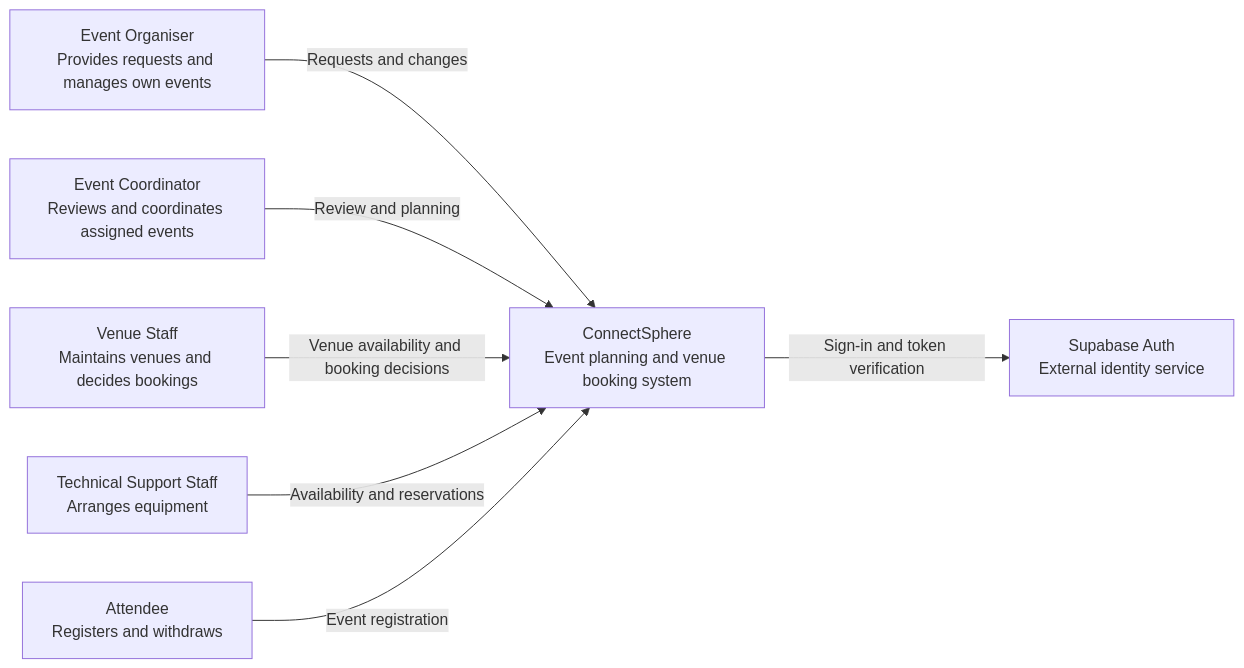
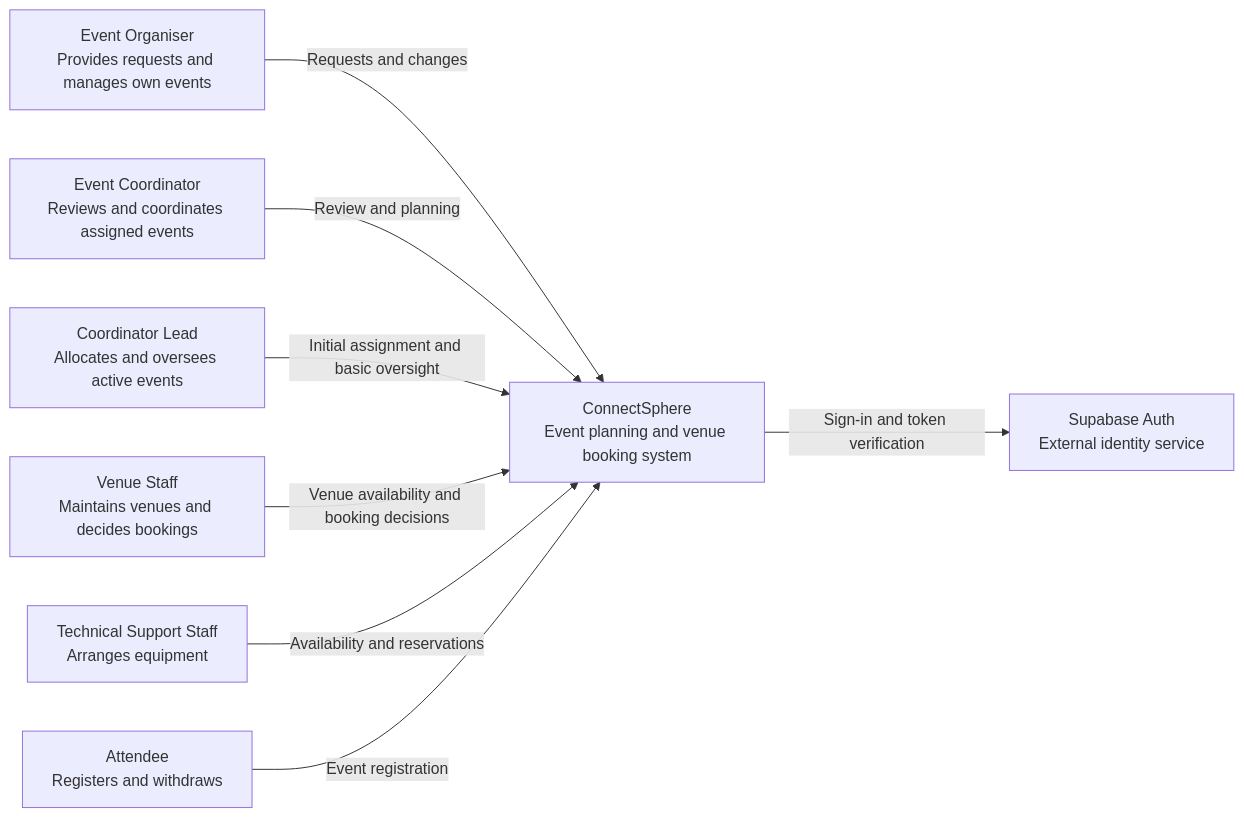
Before and after one commit to MochaLxtte/ConnectSphere: the first of 7 diagrams in docs/architecture/README.md, drawn with Mermaid. The commit also changed other lines of this file and 35 other files, not shown here.

````diff
--- a/docs/architecture/README.md
+++ b/docs/architecture/README.md
@@ -11,16 +11,18 @@
 ```mermaid
 flowchart LR
   organiser["Event Organiser<br/>Provides requests and manages own events"]
   coordinator["Event Coordinator<br/>Reviews and coordinates assigned events"]
+  lead["Coordinator Lead<br/>Allocates and oversees active events"]
   venue["Venue Staff<br/>Maintains venues and decides bookings"]
   technical["Technical Support Staff<br/>Arranges equipment"]
   attendee["Attendee<br/>Registers and withdraws"]
   system["ConnectSphere<br/>Event planning and venue booking system"]
   identity["Supabase Auth<br/>External identity service"]
   organiser -->|Requests and changes| system
   coordinator -->|Review and planning| system
+  lead -->|Initial assignment and basic oversight| system
   venue -->|Venue availability and booking decisions| system
   technical -->|Availability and reservations| system
   attendee -->|Event registration| system
   system -->|Sign-in and token verification| identity
 ```
````
